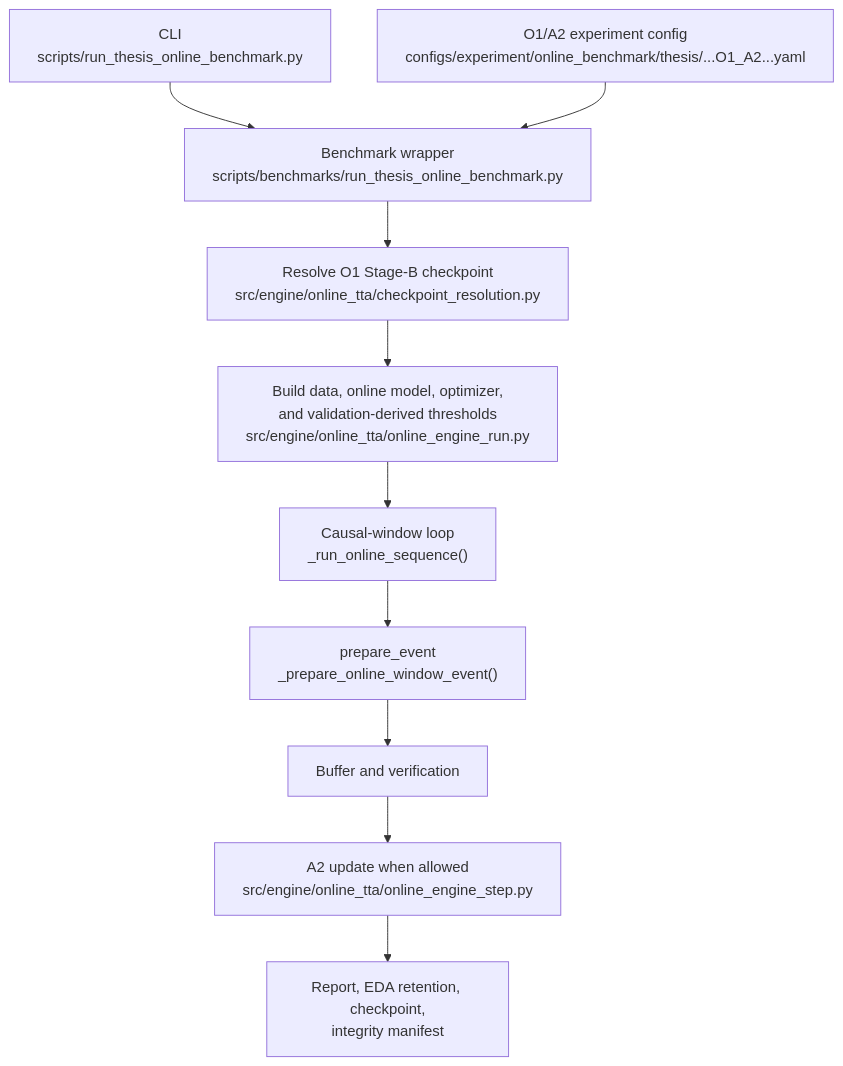
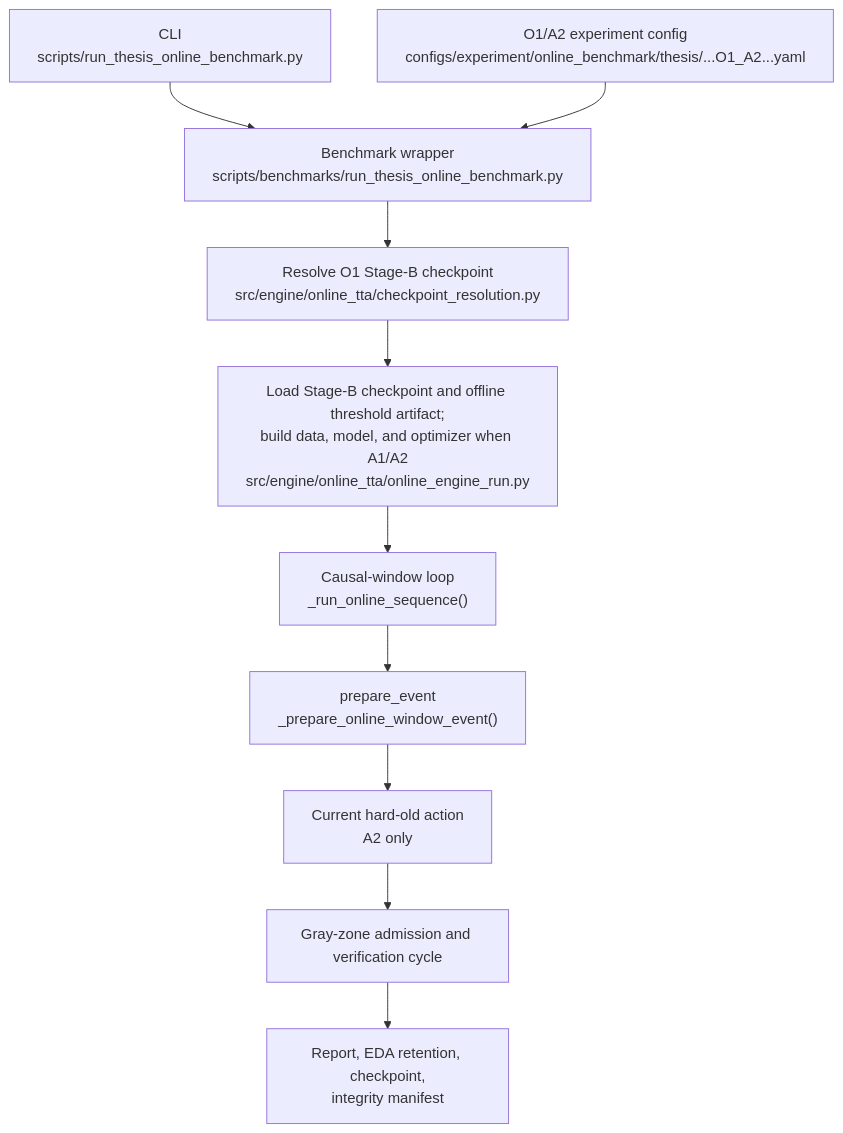
The first of 3 diagrams in documents/notes/thesis_online_tta_prepare_event_runtime_and_data_flow.md (TheMetaSetter/bachelor-thesis-2026), drawn with Mermaid before and after one commit. The commit also changed other lines of this file and 151 other files, not shown here.

````diff
--- a/documents/notes/thesis_online_tta_prepare_event_runtime_and_data_flow.md
+++ b/documents/notes/thesis_online_tta_prepare_event_runtime_and_data_flow.md
@@ -22,17 +26,17 @@
 ```mermaid
 flowchart TD
     CLI["CLI<br/>scripts/run_thesis_online_benchmark.py"]
     WRAP["Benchmark wrapper<br/>scripts/benchmarks/run_thesis_online_benchmark.py"]
     CFG["O1/A2 experiment config<br/>configs/experiment/online_benchmark/thesis/...O1_A2...yaml"]
     CKPT["Resolve O1 Stage-B checkpoint<br/>src/engine/online_tta/checkpoint_resolution.py"]
-    INIT["Build data, online model, optimizer,<br/>and validation-derived thresholds<br/>src/engine/online_tta/online_engine_run.py"]
+    INIT["Load Stage-B checkpoint and offline threshold artifact;<br/>build data, model, and optimizer when A1/A2<br/>src/engine/online_tta/online_engine_run.py"]
     LOOP["Causal-window loop<br/>_run_online_sequence()"]
     PREP["prepare_event<br/>_prepare_online_window_event()"]
-    VERIFY["Buffer and verification"]
-    UPDATE["A2 update when allowed<br/>src/engine/online_tta/online_engine_step.py"]
+    UPDATE["Current hard-old action<br/>A2 only"]
+    VERIFY["Gray-zone admission and verification cycle"]
     SAVE["Report, EDA retention, checkpoint,<br/>integrity manifest"]
 
     CLI --> WRAP
     CFG --> WRAP
-    WRAP --> CKPT --> INIT --> LOOP --> PREP --> VERIFY --> UPDATE --> SAVE
+    WRAP --> CKPT --> INIT --> LOOP --> PREP --> UPDATE --> VERIFY --> SAVE
 ```
````
